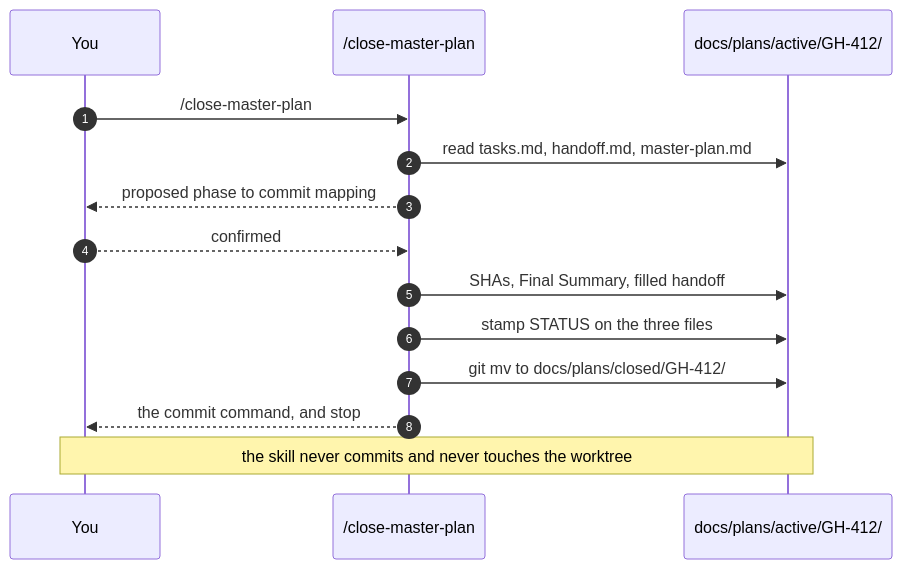
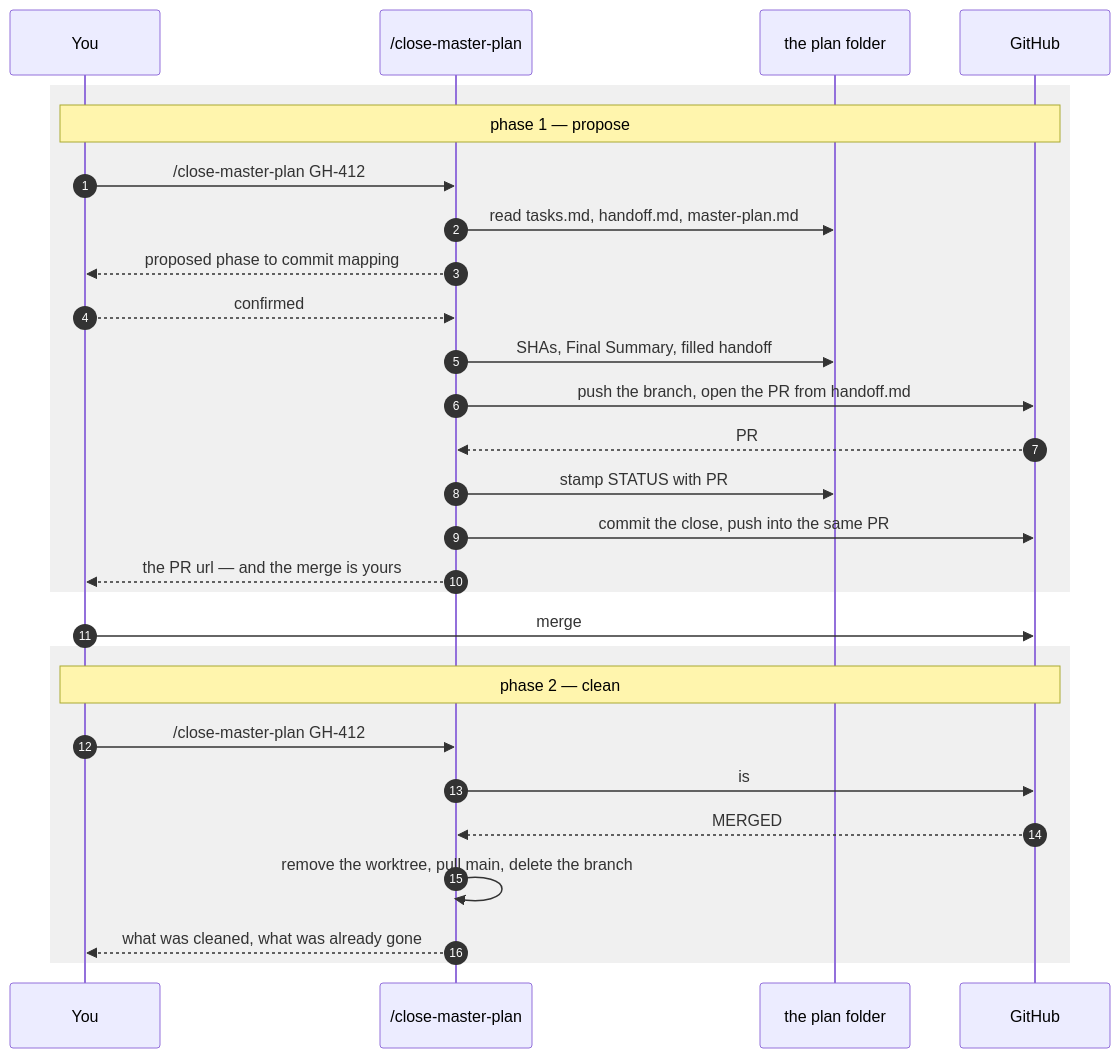
Diagram 13 of 13 in docs/master-plan-pack/TUTORIAL.md (necofx/necofx-claude-marketplace), drawn with Mermaid before and after one commit. The commit also changed other lines of this file and 18 other files, not shown here.

````diff
--- a/docs/master-plan-pack/TUTORIAL.md
+++ b/docs/master-plan-pack/TUTORIAL.md
@@ -1009,17 +1028,33 @@
 ```mermaid
 sequenceDiagram
     autonumber
     participant U as You
     participant S as /close-master-plan
-    participant F as docs/plans/active/GH-412/
+    participant F as the plan folder
+    participant G as GitHub
 
-    U->>S: /close-master-plan
+    rect rgb(240, 240, 240)
+    Note over U,G: phase 1 — propose
+    U->>S: /close-master-plan GH-412
     S->>F: read tasks.md, handoff.md, master-plan.md
     S-->>U: proposed phase to commit mapping
     U-->>S: confirmed
     S->>F: SHAs, Final Summary, filled handoff
-    S->>F: stamp STATUS on the three files
-    S->>F: git mv to docs/plans/closed/GH-412/
-    S-->>U: the commit command, and stop
-    Note over U,F: the skill never commits and never touches the worktree
+    S->>G: push the branch, open the PR from handoff.md
+    G-->>S: PR #77
+    S->>F: stamp STATUS with PR #77, git mv to closed/
+    S->>G: commit the close, push into the same PR
+    S-->>U: the PR url — and the merge is yours
+    end
+
+    U->>G: merge #77
+
+    rect rgb(240, 240, 240)
+    Note over U,G: phase 2 — clean
+    U->>S: /close-master-plan GH-412
+    S->>G: is #77 merged?
+    G-->>S: MERGED
+    S->>S: remove the worktree, pull main, delete the branch
+    S-->>U: what was cleaned, what was already gone
+    end
 ```
````
